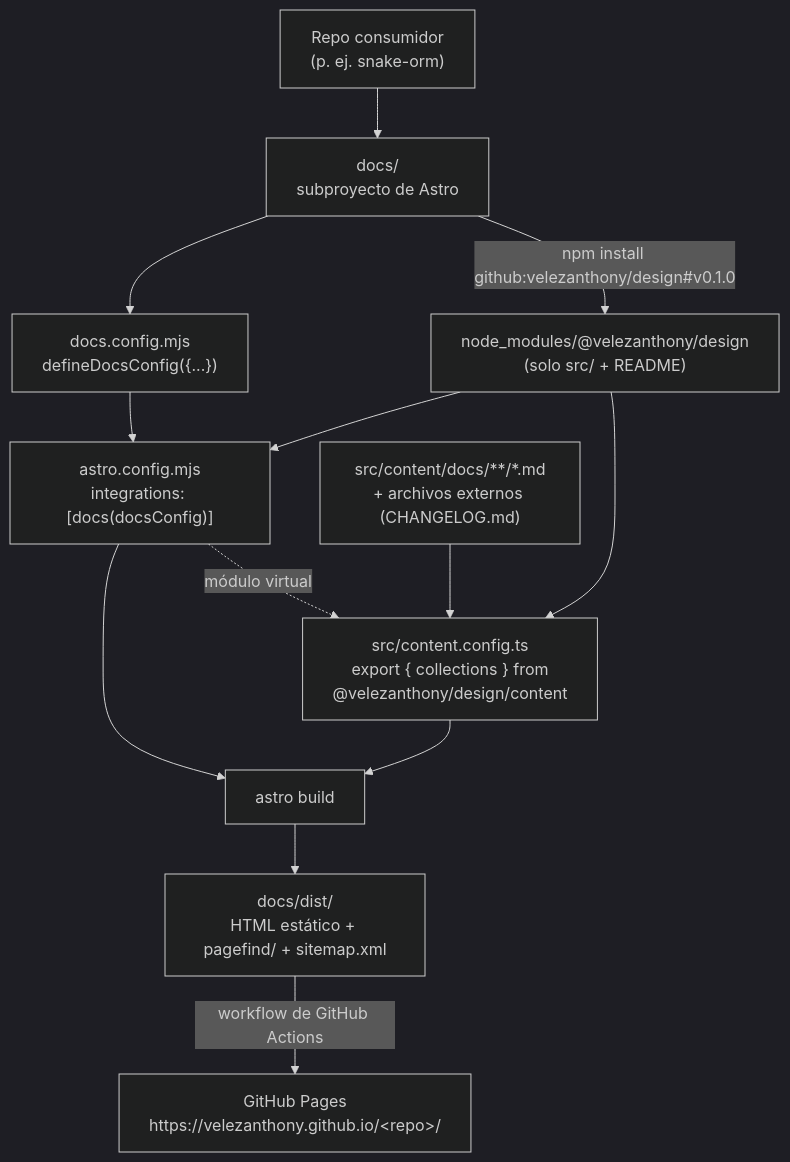
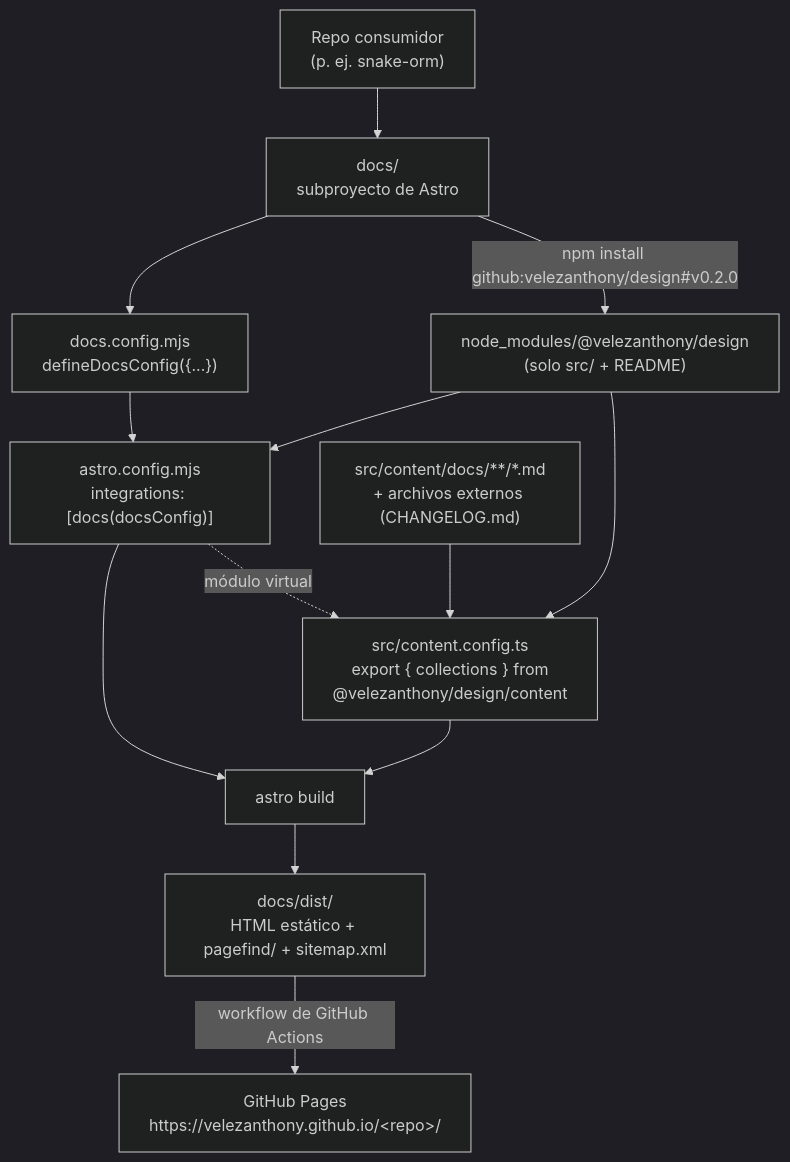
Before and after one commit to velezanthony/design: the diagram in docs/src/content/docs/guia/index.md, drawn with Mermaid (dark theme). The commit also changed other lines of this file and 3 other files, not shown here.

````diff
--- a/docs/src/content/docs/guia/index.md
+++ b/docs/src/content/docs/guia/index.md
@@ -15,15 +15,15 @@
 ```mermaid
 flowchart TD
   repo["Repo consumidor<br/>(p. ej. snake-orm)"] --> sub["docs/<br/>subproyecto de Astro"]
-  sub -->|"npm install github:velezanthony/design#v0.1.0"| nm["node_modules/@velezanthony/design<br/>(solo src/ + README)"]
+  sub -->|"npm install github:velezanthony/design#v0.2.0"| nm["node_modules/@velezanthony/design<br/>(solo src/ + README)"]
   sub --> cfg["docs.config.mjs<br/>defineDocsConfig({...})"]
   cfg --> astrocfg["astro.config.mjs<br/>integrations: [docs(docsConfig)]"]
   astrocfg -. "módulo virtual" .-> cc["src/content.config.ts<br/>export { collections } from<br/>@velezanthony/design/content"]
   md["src/content/docs/**/*.md<br/>+ archivos externos (CHANGELOG.md)"] --> cc
   nm --> astrocfg
   nm --> cc
   astrocfg --> build["astro build"]
   cc --> build
   build --> dist["docs/dist/<br/>HTML estático + pagefind/ + sitemap.xml"]
   dist -->|"workflow de GitHub Actions"| pages["GitHub Pages<br/>https://velezanthony.github.io/&lt;repo&gt;/"]
 ```
````
